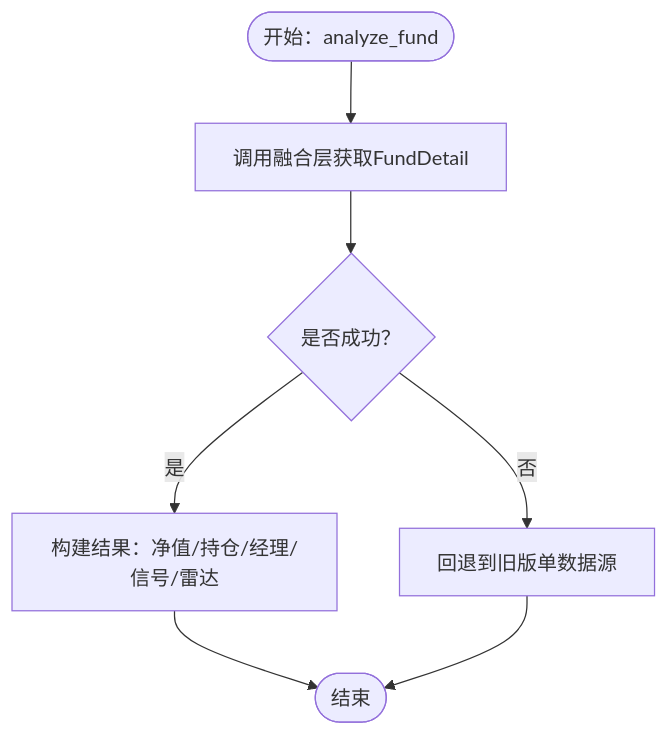
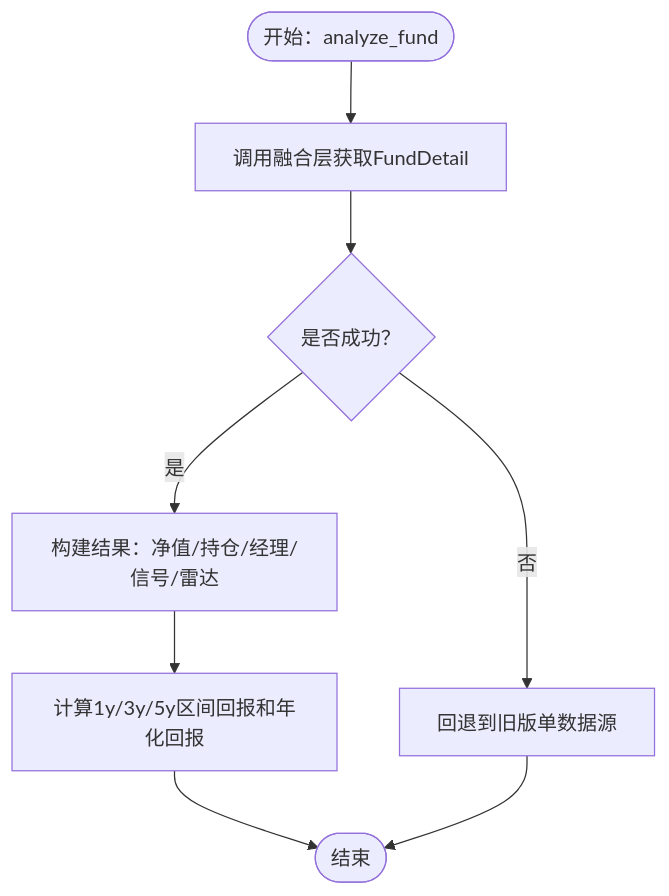
The third of 10 diagrams in .qoder/repowiki/zh/content/核心功能模块/AI分析服务.md (youkell85/FundTrader), drawn with Mermaid before and after one commit. The commit also changed other lines of this file and 11 other files, not shown here.

````diff
--- a/.qoder/repowiki/zh/content/核心功能模块/AI分析服务.md
+++ b/.qoder/repowiki/zh/content/核心功能模块/AI分析服务.md
@@ -155,9 +186,10 @@
 ```mermaid
 flowchart TD
 Start(["开始：analyze_fund"]) --> Fusion["调用融合层获取FundDetail"]
 Fusion --> HasData{"是否成功？"}
 HasData --> |是| Build["构建结果：净值/持仓/经理/信号/雷达"]
 HasData --> |否| Legacy["回退到旧版单数据源"]
-Build --> End(["结束"])
+Build --> Period["计算1y/3y/5y区间回报和年化回报"]
+Period --> End(["结束"])
 Legacy --> End
 ```
````
